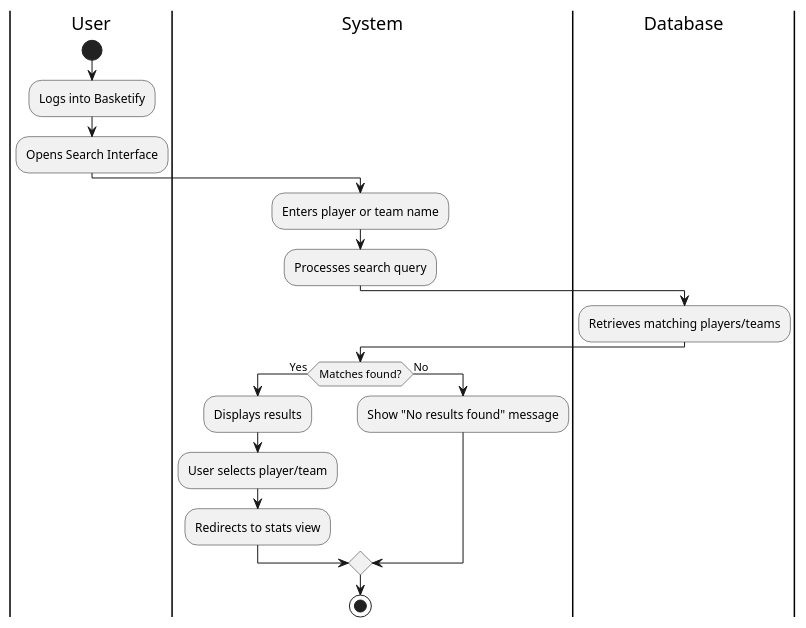
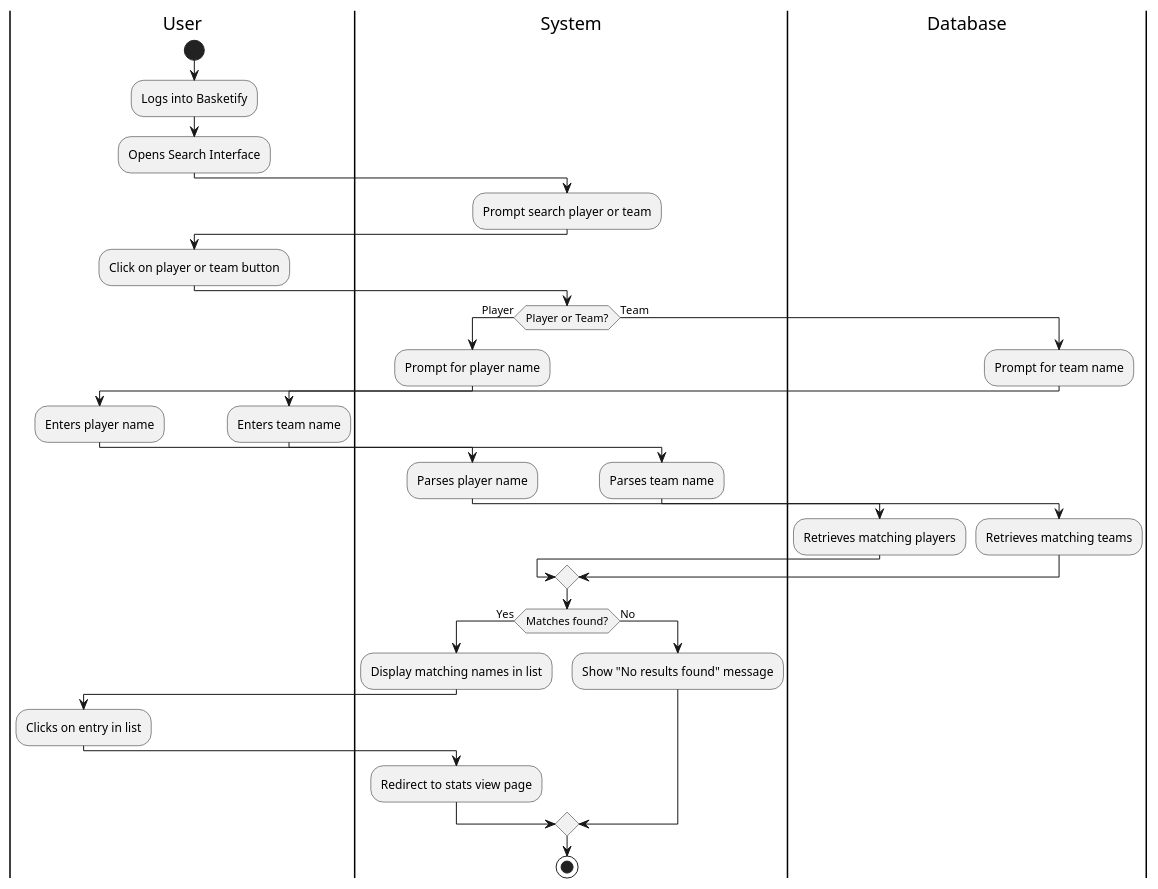
The third of 9 diagrams in diagrams/Activity/activity.puml (arongu321/Basketify_SBX), drawn with PlantUML before and after one commit. The commit also changed other lines of this file, not shown here.

Commit message:
Added to activity diagrams for search and data visualization

```diff
--- a/diagrams/Activity/activity.puml
+++ b/diagrams/Activity/activity.puml
@@ -141,24 +141,43 @@
 @startuml SearchFunctionality
 |User|
 start
 :Logs into Basketify;
 :Opens Search Interface;
 
 |System|
-:Enters player or team name;
+:Prompt search player or team;
+
+|User|
+:Click on player or team button;
 
 |System|
-:Processes search query;
-|Database|
-:Retrieves matching players/teams;
+if (Player or Team?) then (Player)
+    :Prompt for player name;
+    |User|
+    :Enters player name;
+    |System|
+    :Parses player name;
+    |Database|
+    :Retrieves matching players;
+else (Team)
+    :Prompt for team name;
+    |User|
+    :Enters team name;
+    |System|
+    :Parses team name;
+    |Database|
+    :Retrieves matching teams;
+endif
 
 |System|
 if (Matches found?) then (Yes)
-    :Displays results;
-    :User selects player/team;
-    :Redirects to stats view;
+    :Display matching names in list;
+    |User|
+    :Clicks on entry in list;
+    |System|
+    :Redirect to stats view page;
 else (No)
     :Show "No results found" message;
 endif
 stop
 @enduml
```
